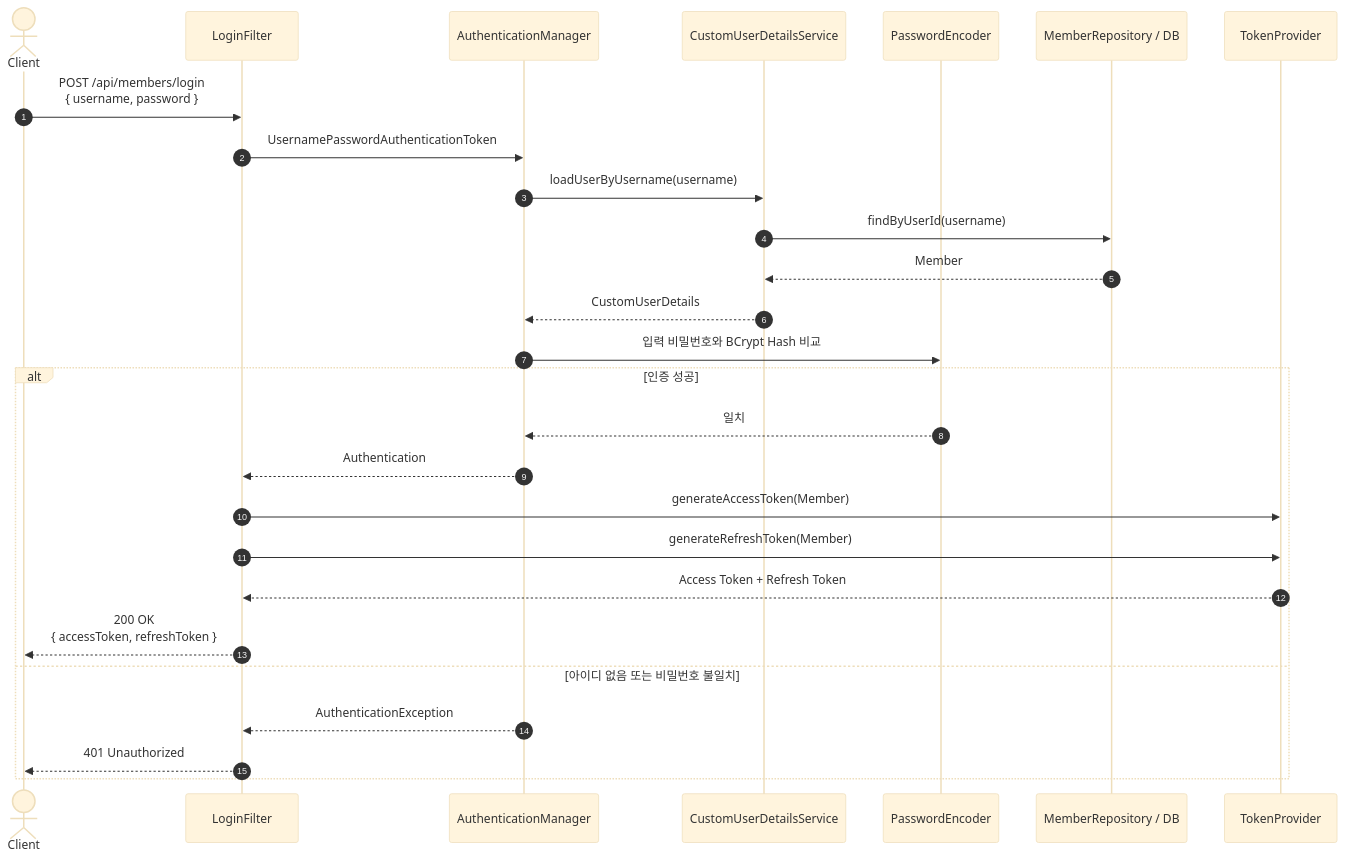
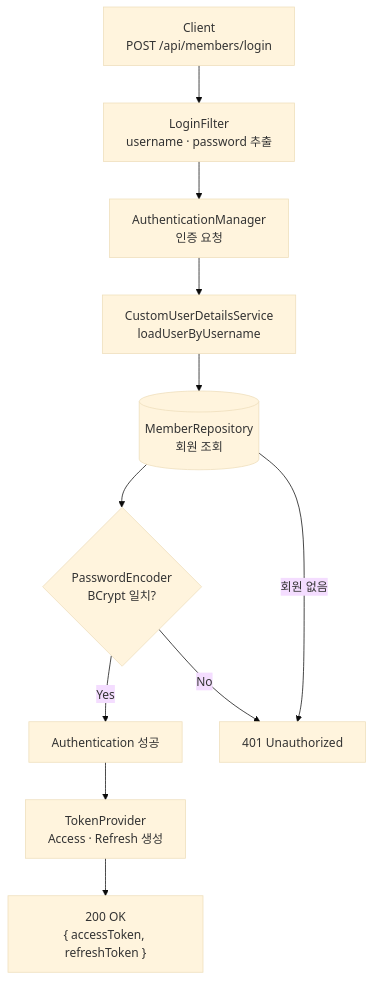
The second of 5 diagrams in report/Spring-security/basic-board/README.md (Kimm-jin/Programmers-dev-lect), drawn with Mermaid (base theme) before and after one commit. The commit also changed other lines of this file, not shown here.

Commit message:
spring-security token

````diff
--- a/report/Spring-security/basic-board/README.md
+++ b/report/Spring-security/basic-board/README.md
@@ -32,31 +52,18 @@
 ```mermaid
-sequenceDiagram
-    autonumber
-    actor Client
-    participant LF as LoginFilter
-    participant AM as AuthenticationManager
-    participant UDS as CustomUserDetailsService
-    participant PE as PasswordEncoder
-    participant DB as MemberRepository / DB
-    participant JWT as TokenProvider
+flowchart TD
+    REQ["Client<br/>POST /api/members/login"]
+    LF["LoginFilter<br/>username · password 추출"]
+    AM["AuthenticationManager<br/>인증 요청"]
+    UDS["CustomUserDetailsService<br/>loadUserByUsername"]
+    DB[("MemberRepository<br/>회원 조회")]
+    PW{"PasswordEncoder<br/>BCrypt 일치?"}
+    AUTH["Authentication 성공"]
+    JWT["TokenProvider<br/>Access · Refresh 생성"]
+    OK["200 OK<br/>{ accessToken, refreshToken }"]
+    FAIL["401 Unauthorized"]
 
-    Client->>LF: POST /api/members/login<br/>{ username, password }
-    LF->>AM: UsernamePasswordAuthenticationToken
-    AM->>UDS: loadUserByUsername(username)
-    UDS->>DB: findByUserId(username)
-    DB-->>UDS: Member
-    UDS-->>AM: CustomUserDetails
-    AM->>PE: 입력 비밀번호와 BCrypt Hash 비교
-
-    alt 인증 성공
-        PE-->>AM: 일치
-        AM-->>LF: Authentication
-        LF->>JWT: generateAccessToken(Member)
-        LF->>JWT: generateRefreshToken(Member)
-        JWT-->>LF: Access Token + Refresh Token
-        LF-->>Client: 200 OK<br/>{ accessToken, refreshToken }
-    else 아이디 없음 또는 비밀번호 불일치
-        AM-->>LF: AuthenticationException
-        LF-->>Client: 401 Unauthorized
-    end
+    REQ --> LF --> AM --> UDS --> DB --> PW
+    PW -->|Yes| AUTH --> JWT --> OK
+    PW -->|No| FAIL
+    DB -->|회원 없음| FAIL
 ```
````
